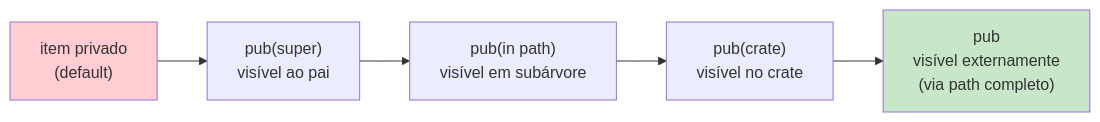
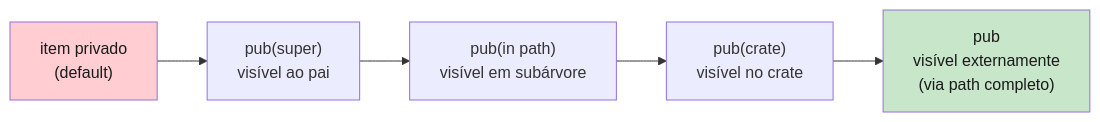
One commit to Felipeness/ferro-e-espirito changed the first of 2 diagrams in book/part-06-modules-and-crates/ch18-visibilidade.md. Above: the diagram before and after it, drawn with Mermaid. The commit also changed other lines of this file and 56 other files, not shown here.

First line of the commit message:
fix: contraste de texto em diagramas mermaid

````diff
--- a/book/part-06-modules-and-crates/ch18-visibilidade.md
+++ b/book/part-06-modules-and-crates/ch18-visibilidade.md
@@ -192,10 +192,10 @@
 ```mermaid
 graph LR
     A["item privado<br/>(default)"] --> B["pub(super)<br/>visível ao pai"]
     B --> C["pub(in path)<br/>visível em subárvore"]
     C --> D["pub(crate)<br/>visível no crate"]
     D --> E["pub<br/>visível externamente<br/>(via path completo)"]
 
-    style A fill:#ffcdd2
-    style E fill:#c8e6c9
+    style A fill:#ffcdd2,color:#1a1a1a
+    style E fill:#c8e6c9,color:#1a1a1a
 ```
````
